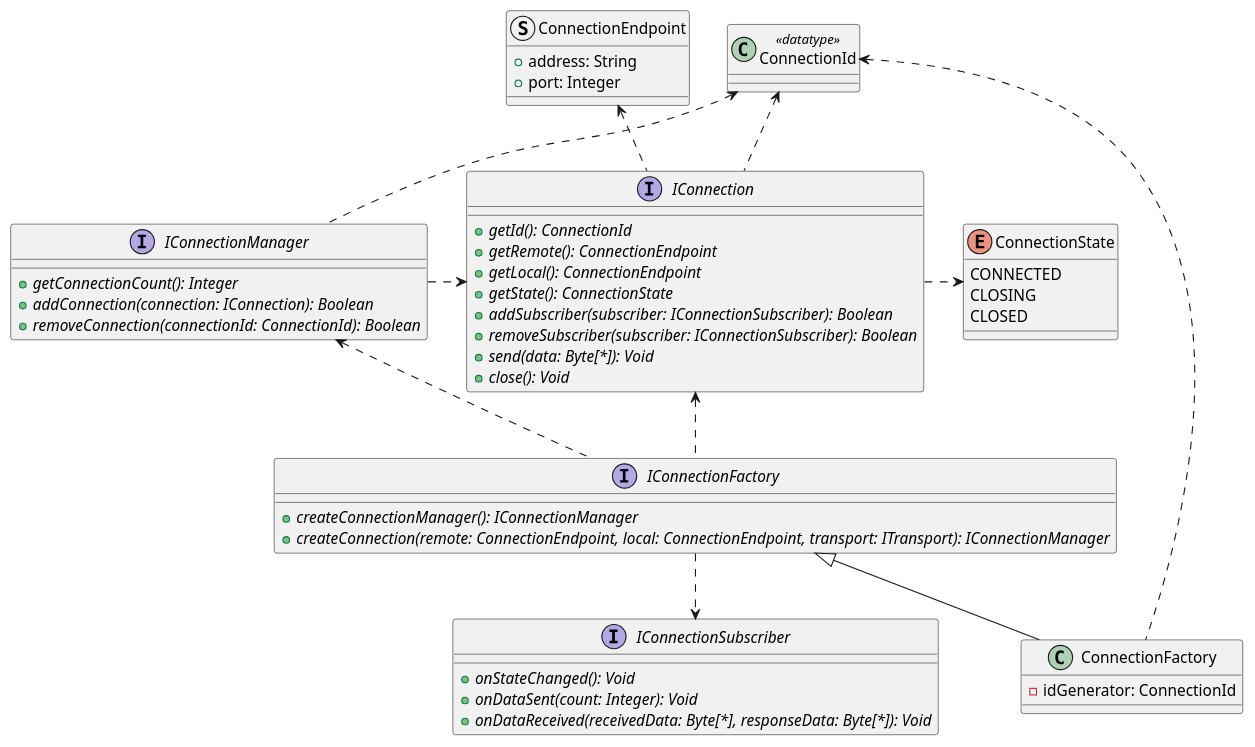
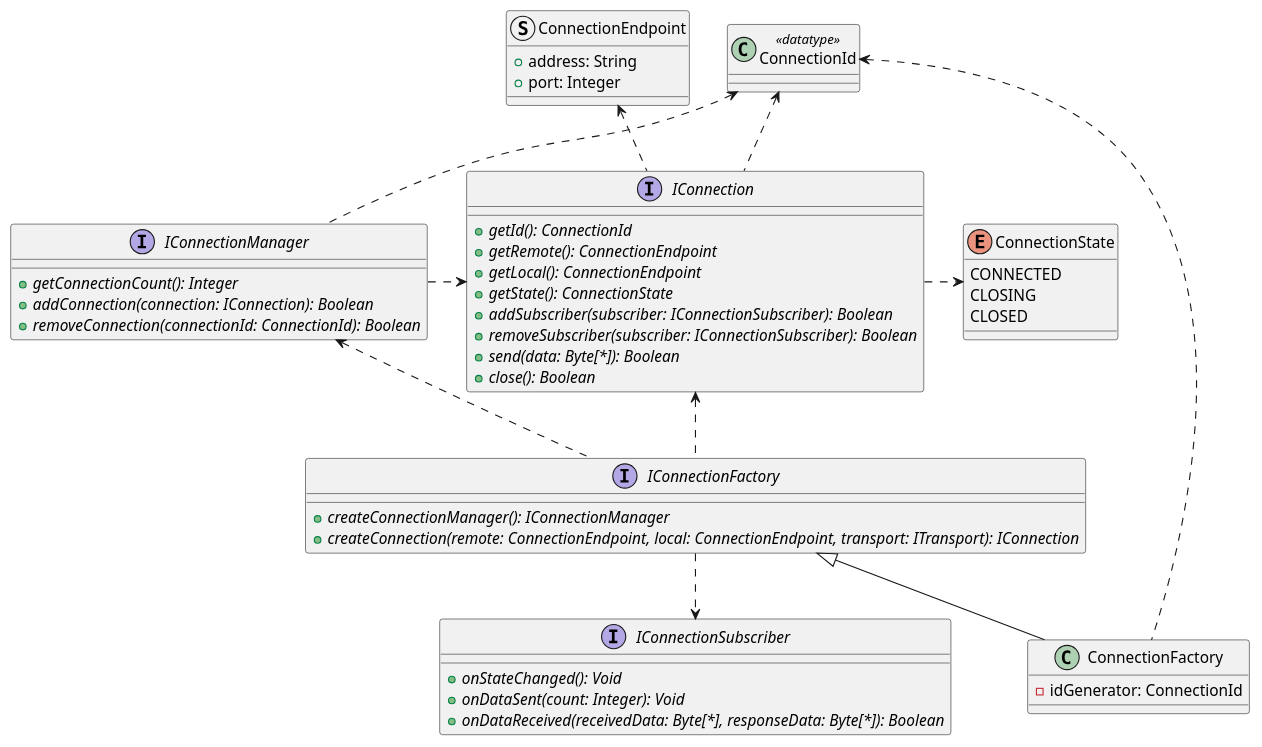
One commit to nghdang/connix changed the diagram in docs/architecture/05_building_block_view/communication/connection_layer/interface_view.puml. Above: the diagram before and after it, drawn with PlantUML. The commit also changed 4 other files, not shown here.

```diff
--- a/docs/architecture/05_building_block_view/communication/connection_layer/interface_view.puml
+++ b/docs/architecture/05_building_block_view/communication/connection_layer/interface_view.puml
@@ -1,64 +1,64 @@
 @startuml Connection Layer - Interface View
 
 class ConnectionId <<datatype>>
 
 enum ConnectionState {
     CONNECTED
     CLOSING
     CLOSED
 }
 
 struct ConnectionEndpoint {
     + address: String
     + port: Integer
 }
 
 interface IConnectionSubscriber {
     + {abstract} onStateChanged(): Void
     + {abstract} onDataSent(count: Integer): Void
-    + {abstract} onDataReceived(receivedData: Byte[*], responseData: Byte[*]): Void
+    + {abstract} onDataReceived(receivedData: Byte[*], responseData: Byte[*]): Boolean
 }
 
 interface IConnection {
     + {abstract} getId(): ConnectionId
     + {abstract} getRemote(): ConnectionEndpoint
     + {abstract} getLocal(): ConnectionEndpoint
     + {abstract} getState(): ConnectionState
     + {abstract} addSubscriber(subscriber: IConnectionSubscriber): Boolean
     + {abstract} removeSubscriber(subscriber: IConnectionSubscriber): Boolean
-    + {abstract} send(data: Byte[*]): Void
-    + {abstract} close(): Void
+    + {abstract} send(data: Byte[*]): Boolean
+    + {abstract} close(): Boolean
 }
 
 interface IConnectionManager {
     + {abstract} getConnectionCount(): Integer
     + {abstract} addConnection(connection: IConnection): Boolean
     + {abstract} removeConnection(connectionId: ConnectionId): Boolean
 }
 
 interface IConnectionFactory {
     + {abstract} createConnectionManager(): IConnectionManager
-    + {abstract} createConnection(remote: ConnectionEndpoint, local: ConnectionEndpoint, transport: ITransport): IConnectionManager
+    + {abstract} createConnection(remote: ConnectionEndpoint, local: ConnectionEndpoint, transport: ITransport): IConnection
 }
 
 class ConnectionFactory {
     - idGenerator: ConnectionId
 }
 
 ConnectionId <.. IConnectionManager
 
 ConnectionId <.. IConnection
 ConnectionEndpoint <.. IConnection
 ConnectionState <.left. IConnection
 
 IConnectionManager .right.> IConnection
 
 IConnectionManager <.. IConnectionFactory
 IConnection <.. IConnectionFactory
 
 IConnectionFactory ..> IConnectionSubscriber
 
 ConnectionId <.. ConnectionFactory
 IConnectionFactory <|-- ConnectionFactory
 
 @enduml
```
